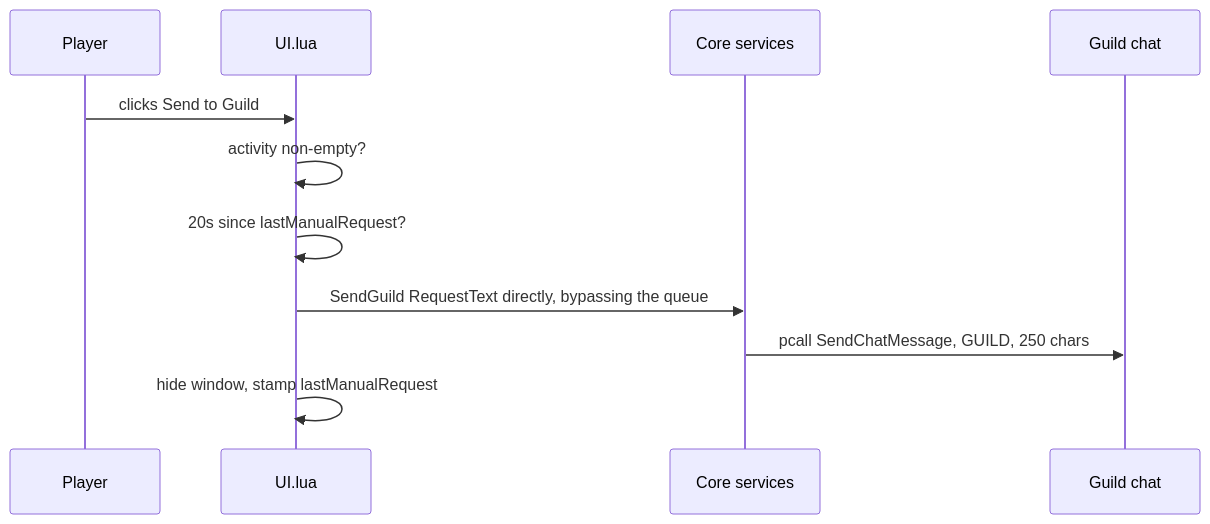
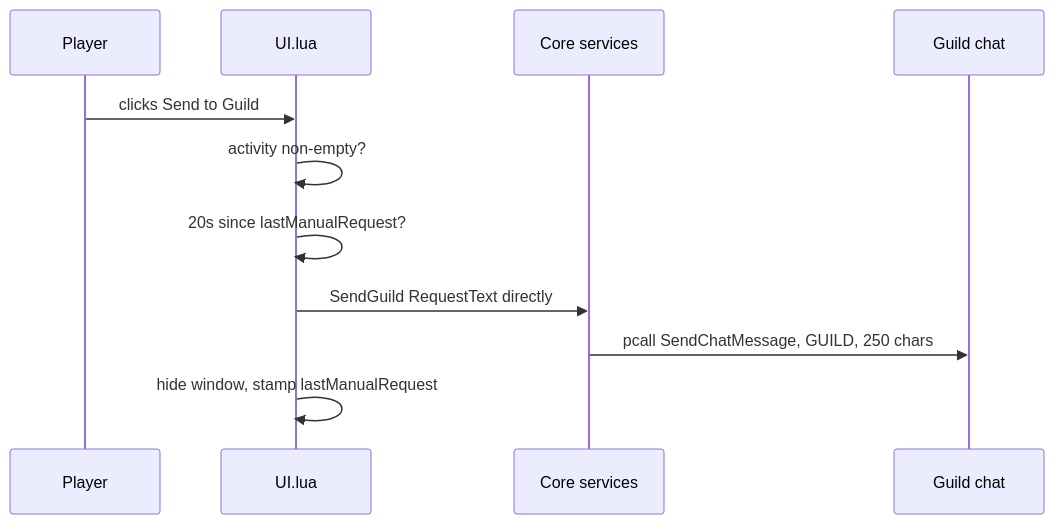
Before and after one commit to mreillyorg/ForeverGuildComms: the fifth of 5 diagrams in aidlc-docs/inception/reverse-engineering/architecture.md, drawn with Mermaid. The commit also changed other lines of this file and 21 other files, not shown here.

````diff
--- a/aidlc-docs/inception/reverse-engineering/architecture.md
+++ b/aidlc-docs/inception/reverse-engineering/architecture.md
@@ -249,14 +352,14 @@
 ```mermaid
 sequenceDiagram
     participant P as Player
     participant U as UI.lua
     participant S as Core services
     participant G as Guild chat
 
     P->>U: clicks Send to Guild
     U->>U: activity non-empty?
     U->>U: 20s since lastManualRequest?
-    U->>S: SendGuild RequestText directly, bypassing the queue
+    U->>S: SendGuild RequestText directly
     S->>G: pcall SendChatMessage, GUILD, 250 chars
     U->>U: hide window, stamp lastManualRequest
 ```
````
